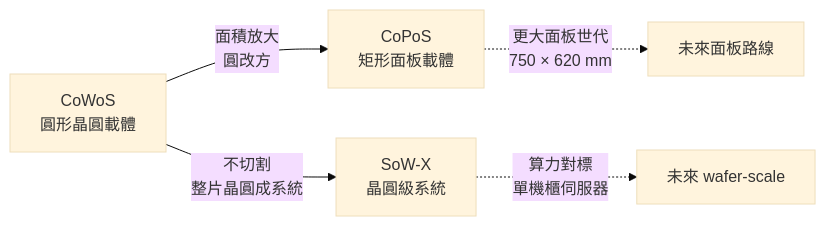
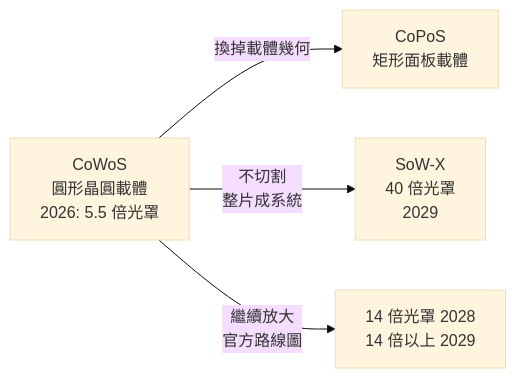
Before and after one commit to wizardhsiehcom/book: the first of 2 diagrams in docs/copos/11-copos-vs-alternatives.md, drawn with Mermaid (base theme). The commit also changed other lines of this file and 33 other files, not shown here.

````diff
--- a/docs/copos/11-copos-vs-alternatives.md
+++ b/docs/copos/11-copos-vs-alternatives.md
@@ -14,7 +14,6 @@
 ```mermaid
 flowchart LR
-    A["CoWoS<br/>圓形晶圓載體"] -->|"面積放大<br/>圓改方"| B["CoPoS<br/>矩形面板載體"]
-    A -->|"不切割<br/>整片晶圓成系統"| C["SoW-X<br/>晶圓級系統"]
-    B -.->|"更大面板世代<br/>750 × 620 mm"| D["未來面板路線"]
-    C -.->|"算力對標<br/>單機櫃伺服器"| E["未來 wafer-scale"]
+    A["CoWoS<br/>圓形晶圓載體<br/>2026: 5.5 倍光罩"] -->|"換掉載體幾何"| B["CoPoS<br/>矩形面板載體"]
+    A -->|"不切割<br/>整片成系統"| C["SoW-X<br/>40 倍光罩<br/>2029"]
+    A -->|"繼續放大<br/>官方路線圖"| D["14 倍光罩 2028<br/>14 倍以上 2029"]
 ```
````
